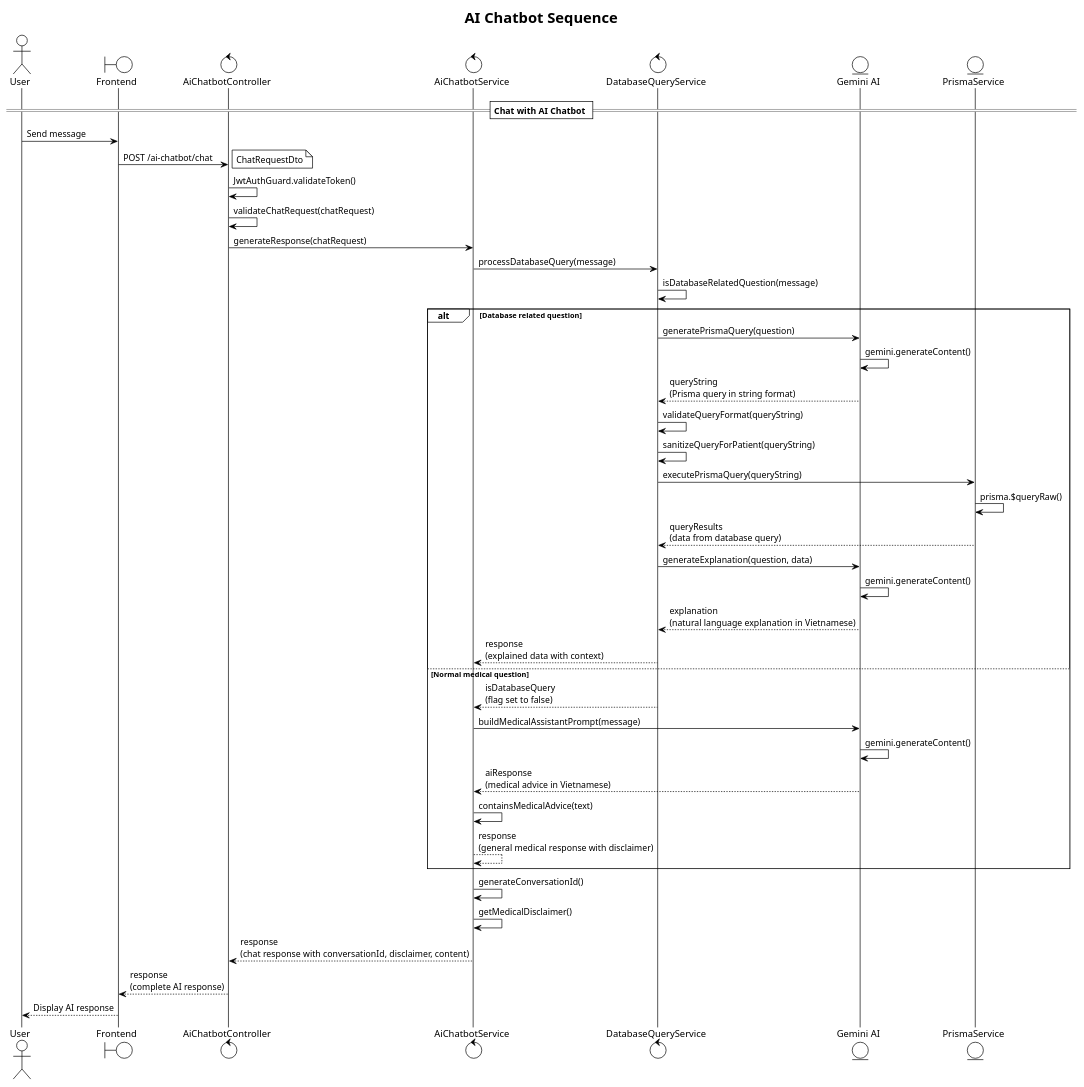
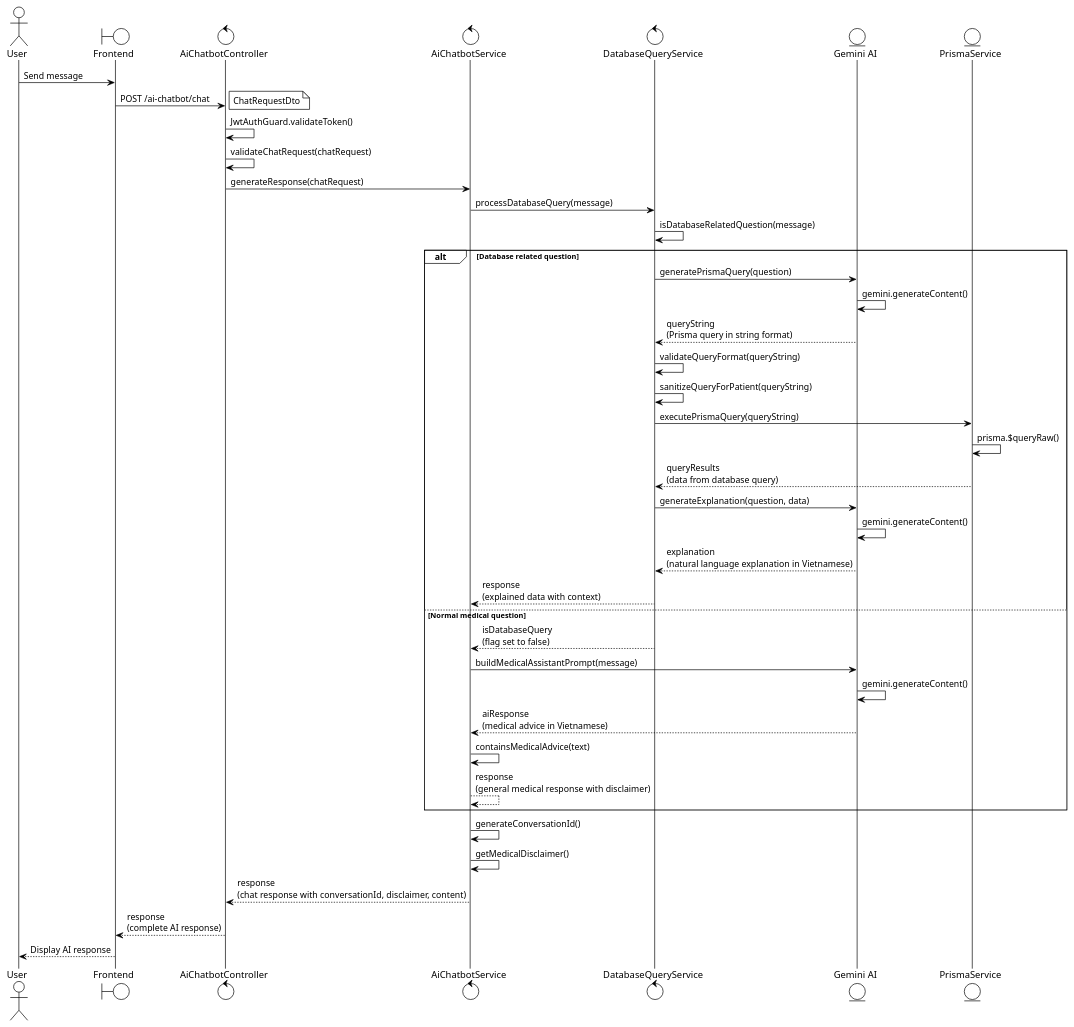
Before and after one commit to iamKhang/revita-be: the diagram in docs/ai-chatbot-sequence.puml, drawn with PlantUML. The commit also changed 3 other files, not shown here.

Commit message:
feat: Update AI Chatbot Sequence Diagram and add PNG output - Removed title from the AI Chatbot Sequence Diagram for clarity. - Added a new PNG file for the AI Chatbot Sequence Diagram to the output directory.

```diff
--- a/docs/ai-chatbot-sequence.puml
+++ b/docs/ai-chatbot-sequence.puml
@@ -1,52 +1,49 @@
 @startuml AI Chatbot Sequence Diagram
 !theme plain
-title AI Chatbot Sequence
 
 actor "User" as U
 boundary "Frontend" as F
 control "AiChatbotController" as C
 control "AiChatbotService" as ACS
 control "DatabaseQueryService" as DQS
 entity "Gemini AI" as GAI
 entity "PrismaService" as PS
-
-== Chat with AI Chatbot ==
 
 U -> F: Send message
 F -> C: POST /ai-chatbot/chat
 note right: ChatRequestDto
 C -> C: JwtAuthGuard.validateToken()
 C -> C: validateChatRequest(chatRequest)
 C -> ACS: generateResponse(chatRequest)
 
 ACS -> DQS: processDatabaseQuery(message)
 DQS -> DQS: isDatabaseRelatedQuestion(message)
 alt Database related question
     DQS -> GAI: generatePrismaQuery(question)
     GAI -> GAI: gemini.generateContent()
     GAI --> DQS: queryString\n(Prisma query in string format)
     DQS -> DQS: validateQueryFormat(queryString)
     DQS -> DQS: sanitizeQueryForPatient(queryString)
     DQS -> PS: executePrismaQuery(queryString)
     PS -> PS: prisma.$queryRaw()
     PS --> DQS: queryResults\n(data from database query)
     DQS -> GAI: generateExplanation(question, data)
     GAI -> GAI: gemini.generateContent()
     GAI --> DQS: explanation\n(natural language explanation in Vietnamese)
     DQS --> ACS: response\n(explained data with context)
 else Normal medical question
     DQS --> ACS: isDatabaseQuery\n(flag set to false)
     ACS -> GAI: buildMedicalAssistantPrompt(message)
     GAI -> GAI: gemini.generateContent()
     GAI --> ACS: aiResponse\n(medical advice in Vietnamese)
     ACS -> ACS: containsMedicalAdvice(text)
     ACS --> ACS: response\n(general medical response with disclaimer)
 end
 
 ACS -> ACS: generateConversationId()
 ACS -> ACS: getMedicalDisclaimer()
 ACS --> C: response\n(chat response with conversationId, disclaimer, content)
 C --> F: response\n(complete AI response)
 F --> U: Display AI response
 
 @enduml
```
